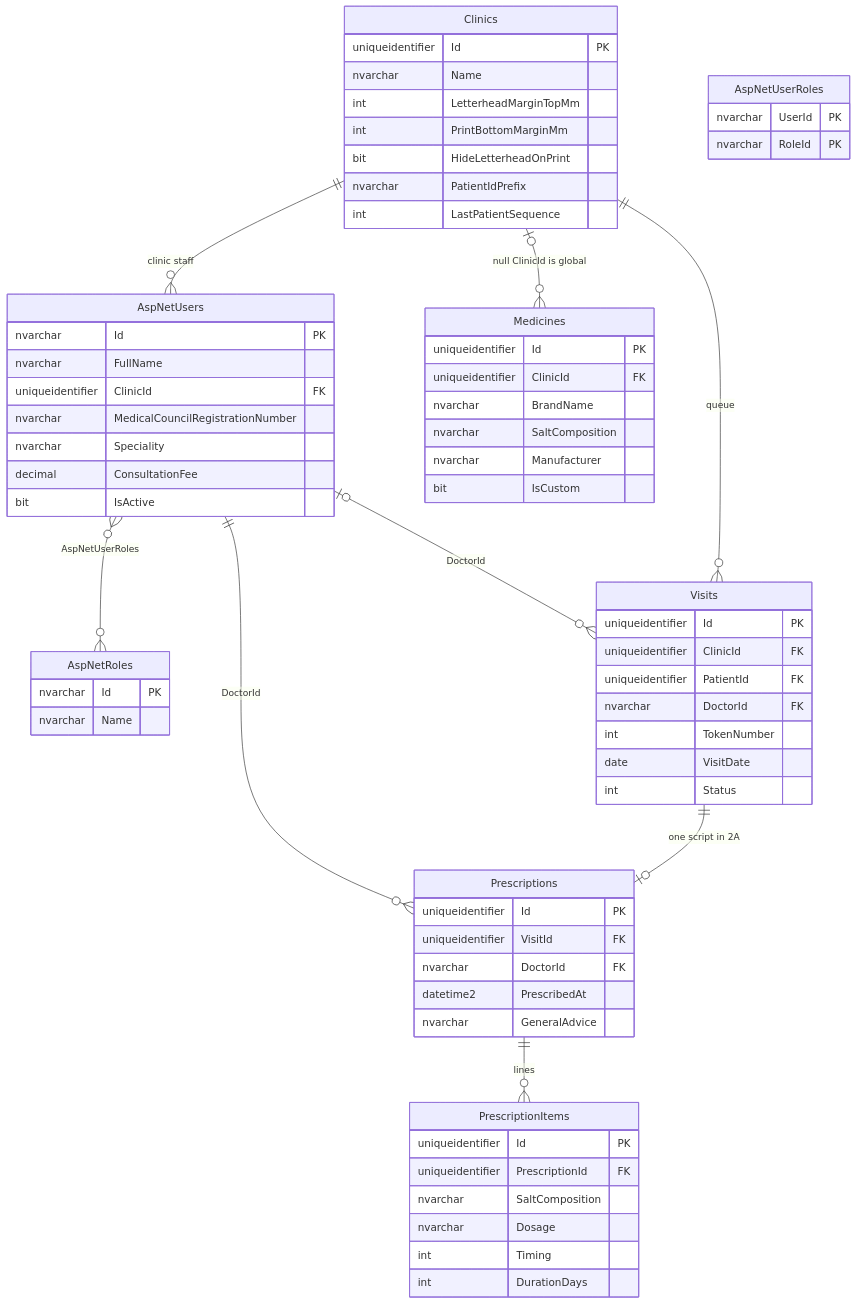
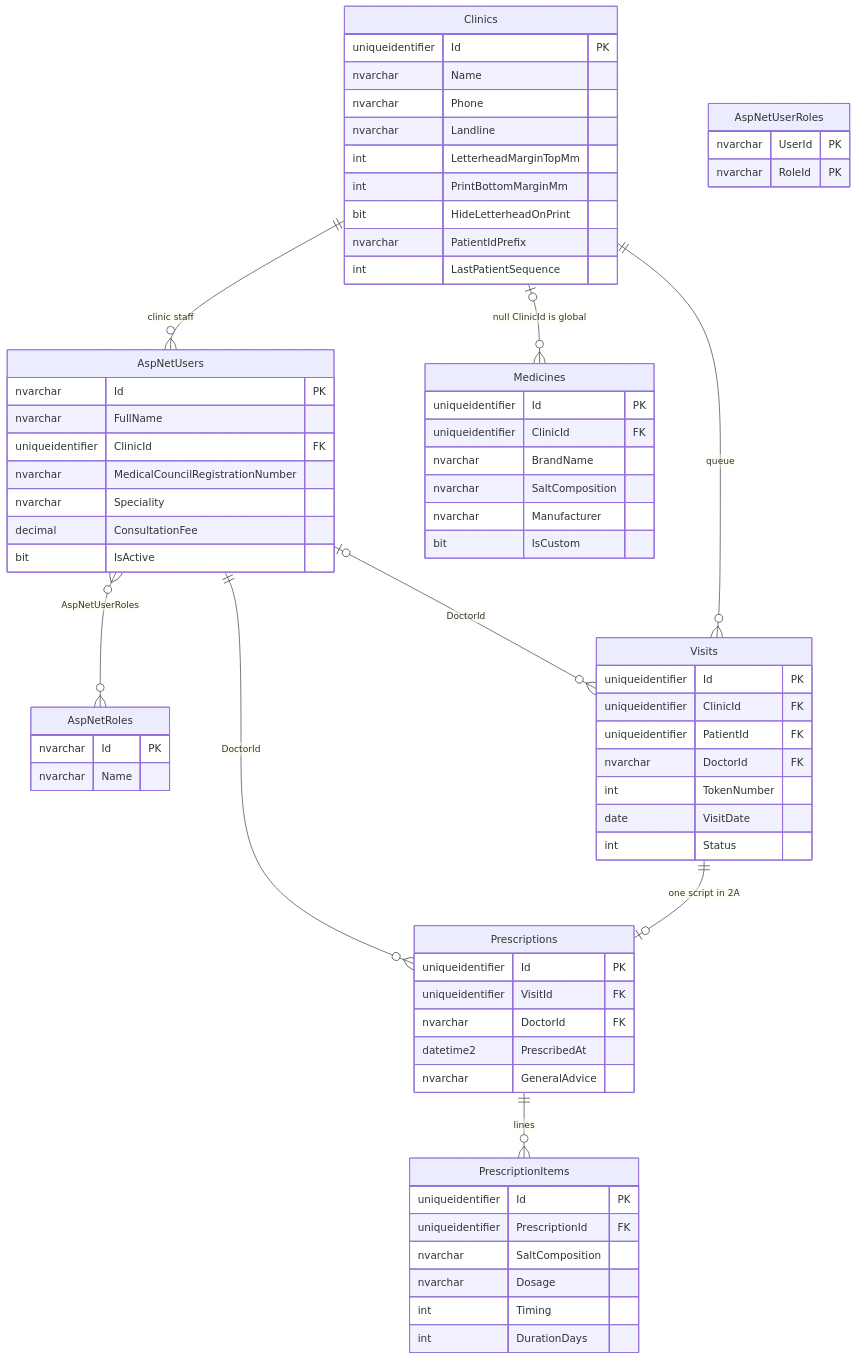
Before and after one commit to nishantmittal26/DocOS: the first of 4 diagrams in prompts/DocOS-Database-Schema.md, drawn with Mermaid. The commit also changed other lines of this file and 16 other files, not shown here.

````diff
--- a/prompts/DocOS-Database-Schema.md
+++ b/prompts/DocOS-Database-Schema.md
@@ -99,69 +100,71 @@
 ```mermaid
 erDiagram
     Clinics {
         uniqueidentifier Id PK
         nvarchar Name
+        nvarchar Phone
+        nvarchar Landline
         int LetterheadMarginTopMm
         int PrintBottomMarginMm
         bit HideLetterheadOnPrint
         nvarchar PatientIdPrefix
         int LastPatientSequence
     }
     AspNetUsers {
         nvarchar Id PK
         nvarchar FullName
         uniqueidentifier ClinicId FK
         nvarchar MedicalCouncilRegistrationNumber
         nvarchar Speciality
         decimal ConsultationFee
         bit IsActive
     }
     AspNetRoles {
         nvarchar Id PK
         nvarchar Name
     }
     AspNetUserRoles {
         nvarchar UserId PK
         nvarchar RoleId PK
     }
     Visits {
         uniqueidentifier Id PK
         uniqueidentifier ClinicId FK
         uniqueidentifier PatientId FK
         nvarchar DoctorId FK
         int TokenNumber
         date VisitDate
         int Status
     }
     Prescriptions {
         uniqueidentifier Id PK
         uniqueidentifier VisitId FK
         nvarchar DoctorId FK
         datetime2 PrescribedAt
         nvarchar GeneralAdvice
     }
     PrescriptionItems {
         uniqueidentifier Id PK
         uniqueidentifier PrescriptionId FK
         nvarchar SaltComposition
         nvarchar Dosage
         int Timing
         int DurationDays
     }
     Medicines {
         uniqueidentifier Id PK
         uniqueidentifier ClinicId FK
         nvarchar BrandName
         nvarchar SaltComposition
         nvarchar Manufacturer
         bit IsCustom
     }
     Clinics ||--o{ AspNetUsers : "clinic staff"
     AspNetUsers }o--o{ AspNetRoles : "AspNetUserRoles"
     Clinics ||--o{ Visits : "queue"
     Clinics |o--o{ Medicines : "null ClinicId is global"
     AspNetUsers |o--o{ Visits : "DoctorId"
     Visits ||--o| Prescriptions : "one script in 2A"
     AspNetUsers ||--o{ Prescriptions : "DoctorId"
     Prescriptions ||--o{ PrescriptionItems : "lines"
 ```
````
